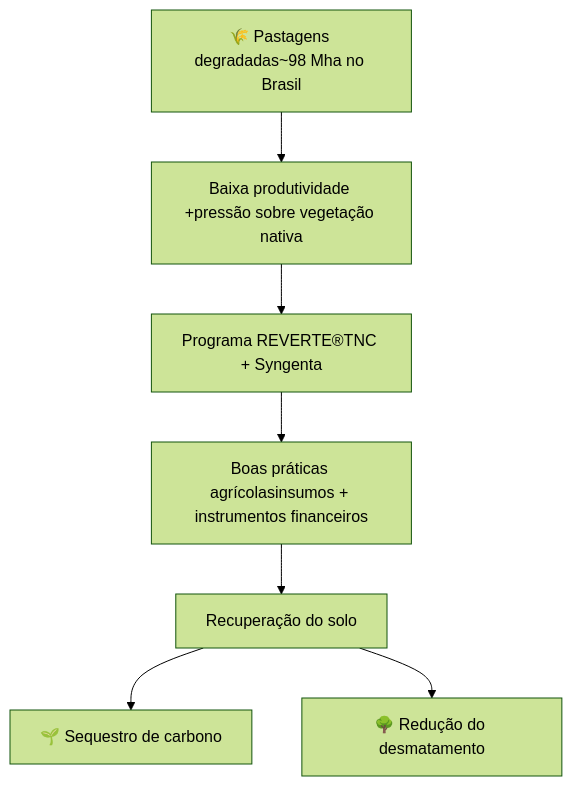
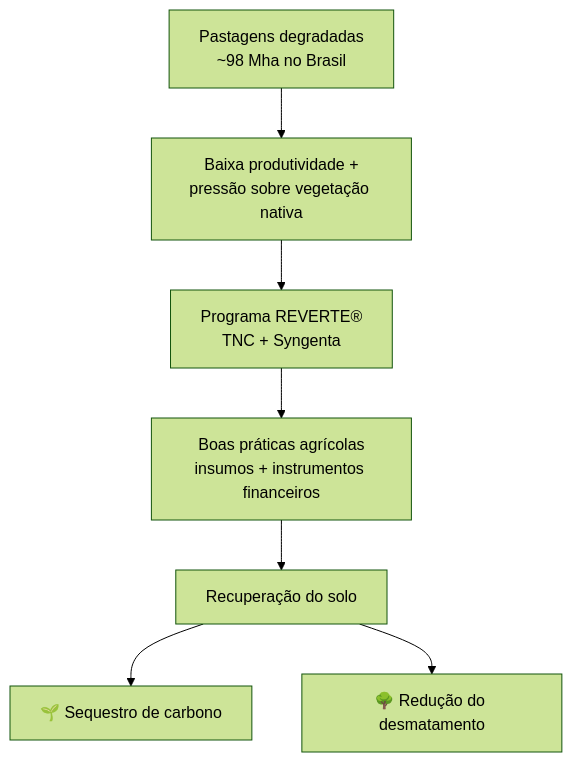
One commit to FelipeJesusRemoteSensing/CarbonProgram changed the first of 2 diagrams in docs/mds/contexto.md. Above: the diagram before and after it, drawn with Mermaid (forest theme). The commit also changed other lines of this file, not shown here.

````diff
--- a/docs/mds/contexto.md
+++ b/docs/mds/contexto.md
@@ -23,9 +21,9 @@
 ```mermaid
 flowchart TD
-    A[🌾 Pastagens degradadas~98 Mha no Brasil] --> B[Baixa produtividade +pressão sobre vegetação nativa]
-    B --> C[Programa REVERTE®TNC + Syngenta]
-    C --> D[Boas práticas agrícolasinsumos + instrumentos financeiros]
+    A[Pastagens degradadas<br>~98 Mha no Brasil] --> B[Baixa produtividade +<br>pressão sobre vegetação nativa]
+    B --> C[Programa REVERTE®<br>TNC + Syngenta]
+    C --> D[Boas práticas agrícolas<br>insumos + instrumentos financeiros]
     D --> E[Recuperação do solo]
     E --> F[🌱 Sequestro de carbono]
     E --> G[🌳 Redução do desmatamento]
 ```
````
